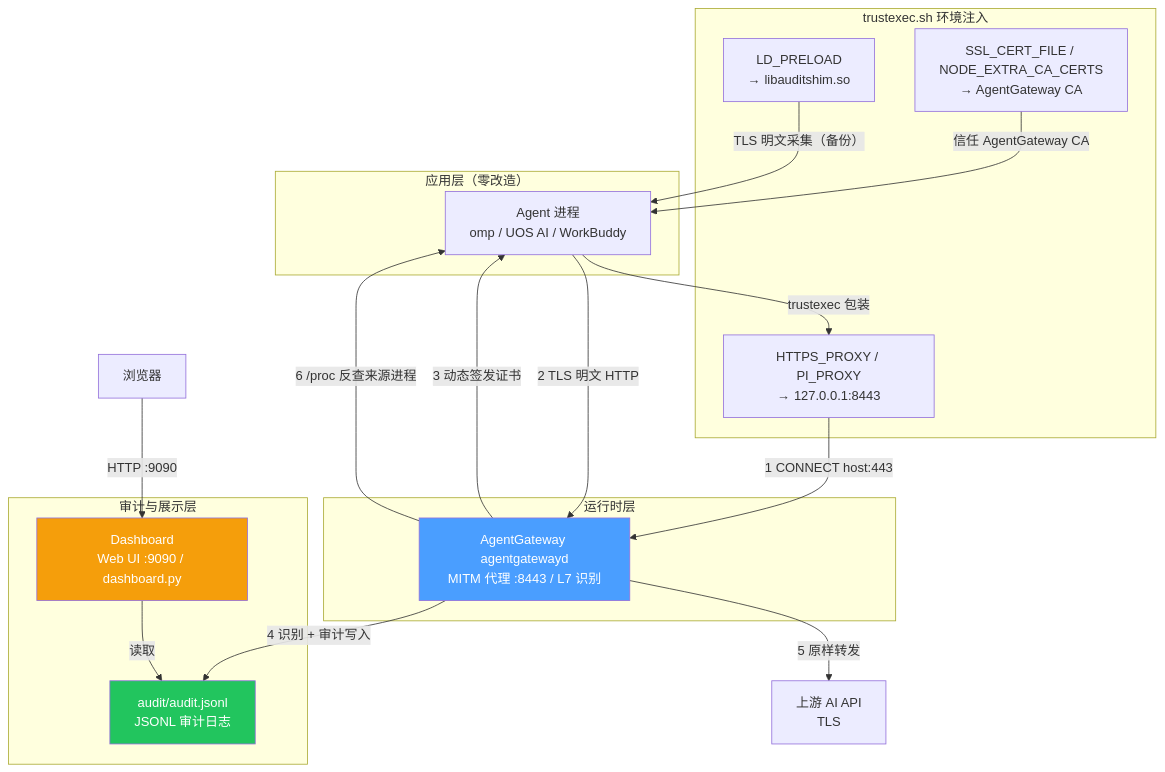
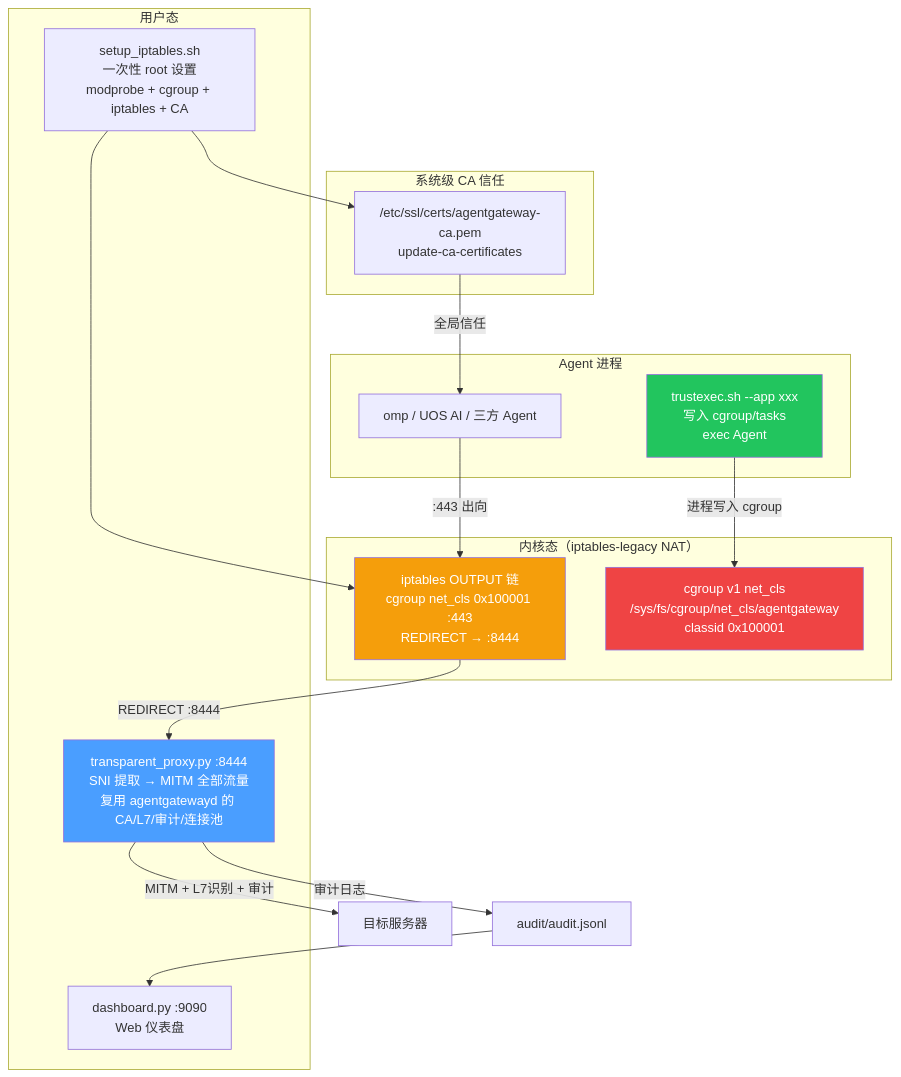
One commit to eric2023/agentgateway changed the diagram in README.md. Above: the diagram before and after it, drawn with Mermaid. The commit also changed other lines of this file, not shown here.

````diff
--- a/README.md
+++ b/README.md
@@ -9,38 +9,37 @@
 ```mermaid
 graph TB
-    subgraph 应用层["应用层（零改造）"]
-        Agent["Agent 进程<br/>omp / UOS AI / WorkBuddy"]
+    subgraph 内核态["内核态（iptables-legacy NAT）"]
+        NFT["iptables OUTPUT 链<br/>cgroup net_cls 0x100001 :443<br/>REDIRECT → :8444"]
+        CG["cgroup v1 net_cls<br/>/sys/fs/cgroup/net_cls/agentgateway<br/>classid 0x100001"]
     end
 
-    subgraph 注入层["trustexec.sh 环境注入"]
-        ProxyENV["HTTPS_PROXY / PI_PROXY<br/>→ 127.0.0.1:8443"]
-        TrustENV["SSL_CERT_FILE / NODE_EXTRA_CA_CERTS<br/>→ AgentGateway CA"]
-        PreloadENV["LD_PRELOAD<br/>→ libauditshim.so"]
+    subgraph 用户态["用户态"]
+        TP["transparent_proxy.py :8444<br/>SNI 提取 → MITM 全部流量<br/>复用 agentgatewayd 的 CA/L7/审计/连接池"]
+        DASH["dashboard.py :9090<br/>Web 仪表盘"]
+        SETUP["setup_iptables.sh<br/>一次性 root 设置<br/>modprobe + cgroup + iptables + CA"]
     end
 
-    subgraph 运行时层["运行时层"]
-        GW["AgentGateway agentgatewayd<br/>MITM 代理 :8443 / L7 识别"]
+    subgraph Agent["Agent 进程"]
+        A1["omp / UOS AI / 三方 Agent"]
+        TE["trustexec.sh --app xxx<br/>写入 cgroup/tasks<br/>exec Agent"]
     end
 
-    subgraph 审计层["审计与展示层"]
-        AuditLog["audit/audit.jsonl<br/>JSONL 审计日志"]
-        Dash["Dashboard<br/>Web UI :9090 / dashboard.py"]
+    subgraph CA["系统级 CA 信任"]
+        SYS["/etc/ssl/certs/agentgateway-ca.pem<br/>update-ca-certificates"]
     end
 
-    Agent -->|"trustexec 包装"| ProxyENV
-    ProxyENV -->|"1 CONNECT host:443"| GW
-    TrustENV -->|"信任 AgentGateway CA"| Agent
-    PreloadENV -->|"TLS 明文采集（备份）"| Agent
-    Agent -->|"2 TLS 明文 HTTP"| GW
-    GW -->|"3 动态签发证书"| Agent
-    GW -->|"4 识别 + 审计写入"| AuditLog
-    GW -->|"5 原样转发"| Upstream["上游 AI API<br/>TLS"]
-    GW -->|"6 /proc 反查来源进程"| Agent
-    Dash -->|"读取"| AuditLog
+    TE -->|"进程写入 cgroup"| CG
+    A1 -->|":443 出向"| NFT
+    NFT -->|"REDIRECT :8444"| TP
+    TP -->|"MITM + L7识别 + 审计"| 远程["目标服务器"]
+    TP -->|"审计日志"| LOG["audit/audit.jsonl"]
+    LOG --> DASH
+    SYS -->|"全局信任"| A1
+    SETUP --> NFT
+    SETUP --> SYS
 
-    Browser["浏览器"] -->|"HTTP :9090"| Dash
-
-    style GW fill:#4a9eff,color:#fff
-    style AuditLog fill:#22c55e,color:#fff
-    style Dash fill:#f59e0b,color:#fff
+    style NFT fill:#f59e0b,color:#fff
+    style TP fill:#4a9eff,color:#fff
+    style TE fill:#22c55e,color:#fff
+    style CG fill:#ef4444,color:#fff
 ```
````
